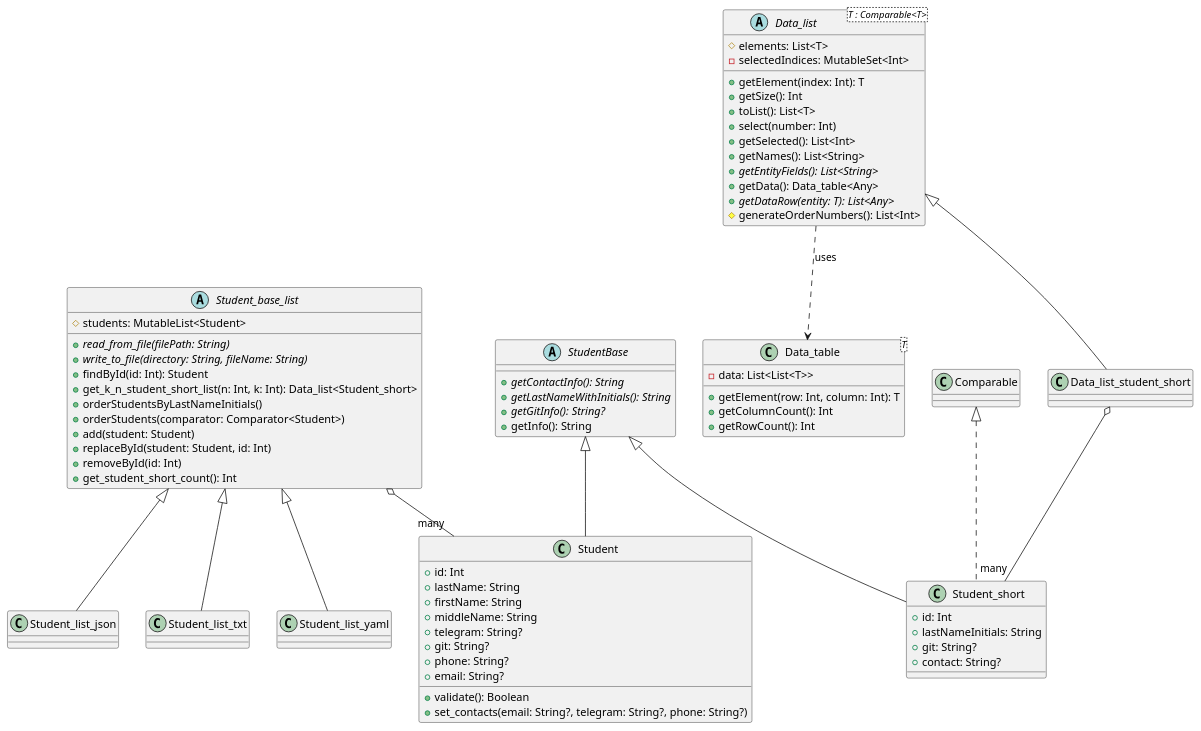
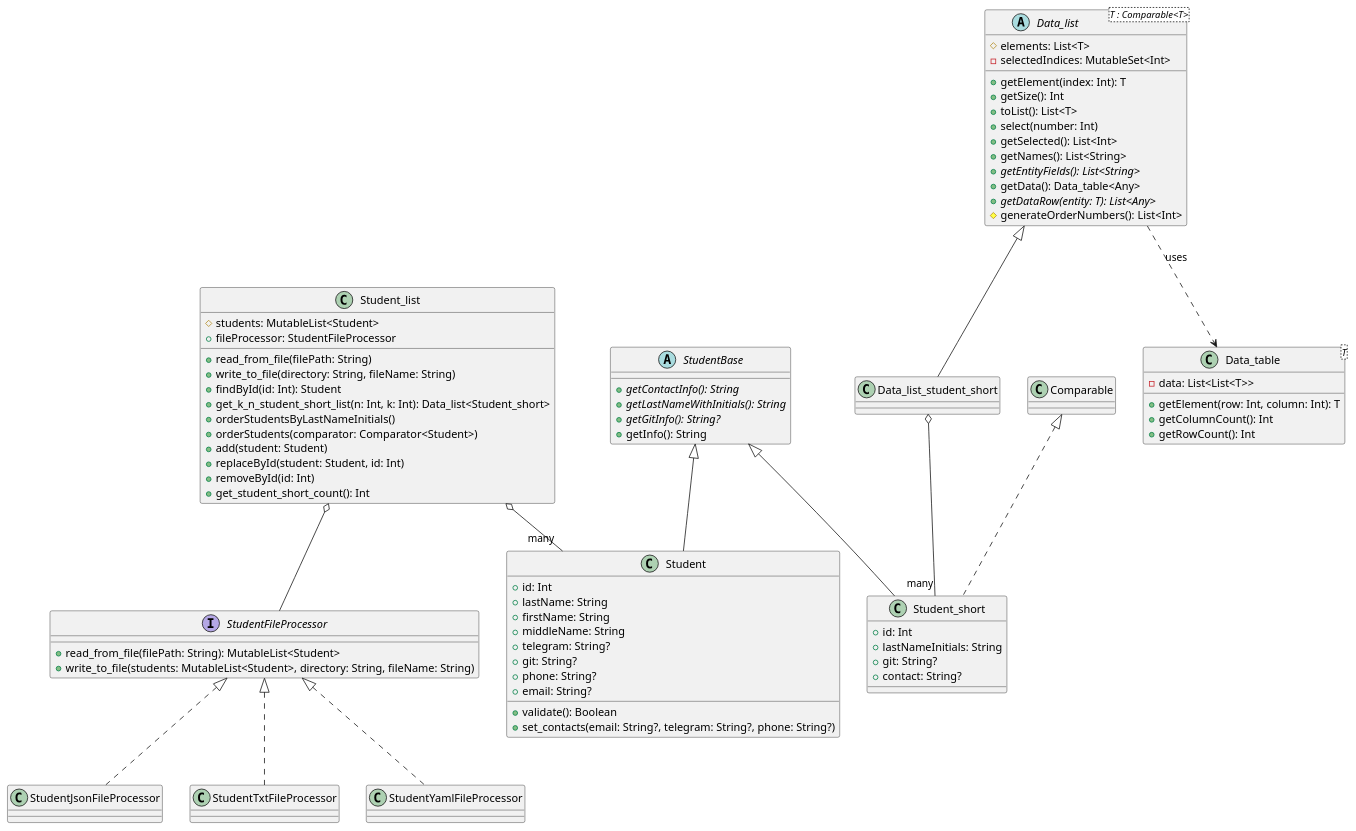
One commit to korsNaike/Patterns changed the diagram in src/main/kotlin/strategy/ClassDiagram.puml. Above: the diagram before and after it, drawn with PlantUML. The commit also changed 7 other files, not shown here.

Commit message:
Л3/З6. Применён паттерн "Стратегия", добавлена диаграмма классов

```diff
--- a/src/main/kotlin/strategy/ClassDiagram.puml
+++ b/src/main/kotlin/strategy/ClassDiagram.puml
@@ -1,95 +1,104 @@
 @startuml
 
 ' Abstract classes
 abstract class StudentBase {
   + {abstract} getContactInfo(): String
   + {abstract} getLastNameWithInitials(): String
   + {abstract} getGitInfo(): String?
   + getInfo(): String
 }
 
 abstract class Data_list<T : Comparable<T>> {
   # elements: List<T>
   - selectedIndices: MutableSet<Int>
   + getElement(index: Int): T
   + getSize(): Int
   + toList(): List<T>
   + select(number: Int)
   + getSelected(): List<Int>
   + getNames(): List<String>
   + {abstract} getEntityFields(): List<String>
   + getData(): Data_table<Any>
   + {abstract} getDataRow(entity: T): List<Any>
   # generateOrderNumbers(): List<Int>
 }
 
-abstract class Student_base_list {
+interface StudentFileProcessor {
+  + read_from_file(filePath: String): MutableList<Student>
+  + write_to_file(students: MutableList<Student>, directory: String, fileName: String)
+}
+
+class StudentJsonFileProcessor {
+}
+
+class StudentTxtFileProcessor {
+}
+
+class StudentYamlFileProcessor {
+}
+
+class Student_list {
   # students: MutableList<Student>
-  + {abstract} read_from_file(filePath: String)
-  + {abstract} write_to_file(directory: String, fileName: String)
+  + fileProcessor: StudentFileProcessor
+  + read_from_file(filePath: String)
+  + write_to_file(directory: String, fileName: String)
   + findById(id: Int): Student
   + get_k_n_student_short_list(n: Int, k: Int): Data_list<Student_short>
   + orderStudentsByLastNameInitials()
   + orderStudents(comparator: Comparator<Student>)
   + add(student: Student)
   + replaceById(student: Student, id: Int)
   + removeById(id: Int)
   + get_student_short_count(): Int
 }
 
 ' Concrete classes
 class Student {
   + id: Int
   + lastName: String
   + firstName: String
   + middleName: String
   + telegram: String?
   + git: String?
   + phone: String?
   + email: String?
   + validate(): Boolean
   + set_contacts(email: String?, telegram: String?, phone: String?)
 }
 
 class Student_short {
   + id: Int
   + lastNameInitials: String
   + git: String?
   + contact: String?
 }
 
 class Data_table<T> {
   - data: List<List<T>>
   + getElement(row: Int, column: Int): T
   + getColumnCount(): Int
   + getRowCount(): Int
 }
 
 class Data_list_student_short {
 }
 
-class Student_list_json {
-}
-
-class Student_list_txt {
-}
-
-class Student_list_yaml {
-}
-
 ' Relationships
 StudentBase <|-- Student
 StudentBase <|-- Student_short
 Comparable <|.. Student_short
 
 Data_list <|-- Data_list_student_short
 Data_list_student_short o-- "many" Student_short
 
-Student_base_list <|-- Student_list_json
-Student_base_list <|-- Student_list_txt
-Student_base_list <|-- Student_list_yaml
-Student_base_list o-- "many" Student
+Student_list o-- "many" Student
 
 Data_list ..> Data_table : uses
 
+StudentFileProcessor <|.. StudentJsonFileProcessor
+StudentFileProcessor <|.. StudentYamlFileProcessor
+StudentFileProcessor <|.. StudentTxtFileProcessor
+
+Student_list o-- StudentFileProcessor
+
 @enduml
```
